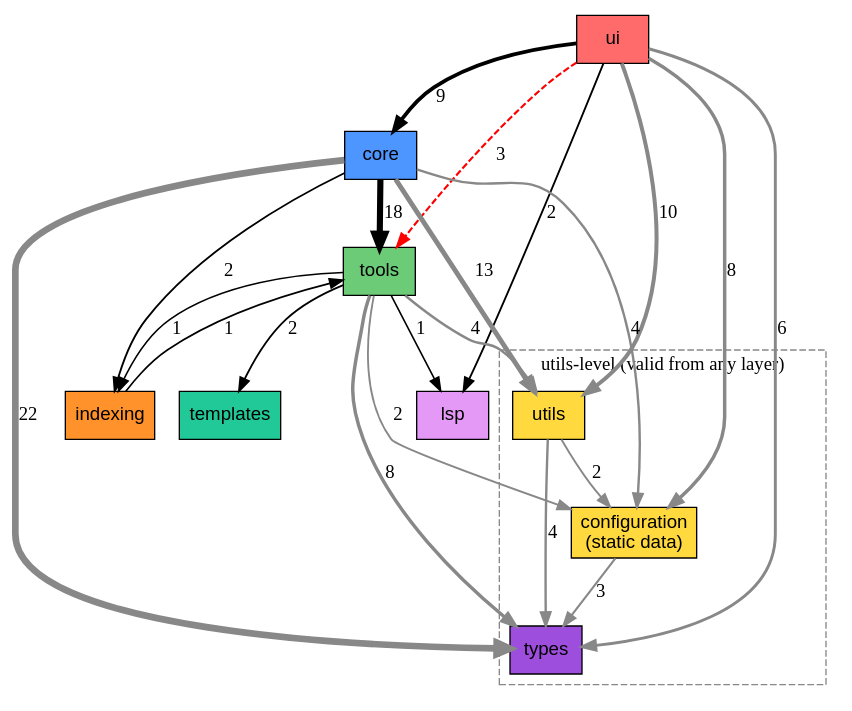
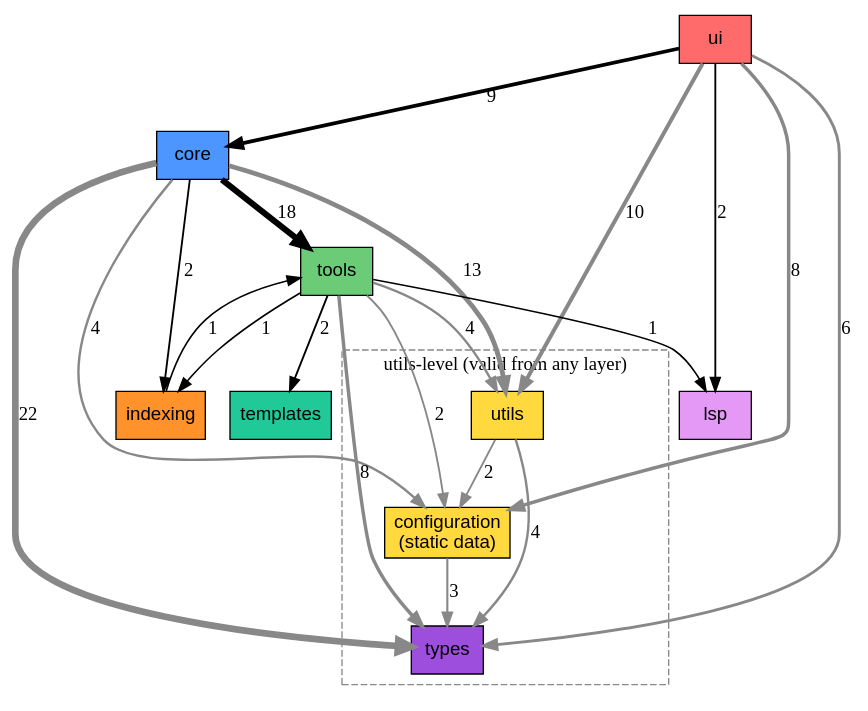
One commit to alchemiststudiosDOTai/tunacode changed the diagram in layers.dot. Above: the diagram before and after it, drawn with Graphviz.

Commit message:
docs: update layers.dot - ui->tools violation fixed
All ui->tools imports have been eliminated.
Previous violations: 3 imports, now: 0

```diff
--- a/layers.dot
+++ b/layers.dot
@@ -1,54 +1,53 @@
 digraph tunacode_layers {
   rankdir=TB;
   node [shape=box, style=filled, fontname="Arial"];
 
   // Application layers (top to bottom)
   ui [label="ui", fillcolor="#ff6b6b"];
   core [label="core", fillcolor="#4d96ff"];
   tools [label="tools", fillcolor="#6bcb77"];
 
   // Utils-level modules (can be imported by any layer)
   // These contain read-only static data or pure utilities
   subgraph cluster_utils_level {
     label="utils-level (valid from any layer)";
     style=dashed;
     color="#888888";
     utils [label="utils", fillcolor="#ffd93d"];
     types [label="types", fillcolor="#9d4edd"];
     configuration [label="configuration\n(static data)", fillcolor="#ffd93d"];
   }
 
   // Infrastructure modules
   indexing [label="indexing", fillcolor="#ff922b"];
   lsp [label="lsp", fillcolor="#e599f7"];
   templates [label="templates", fillcolor="#20c997"];
 
   // Utils-level internal dependencies (valid)
   configuration -> types [label="3", penwidth=1.6, color="#888888"];
   utils -> configuration [label="2", penwidth=1.4, color="#888888"];
   utils -> types [label="4", penwidth=1.8, color="#888888"];
 
   // Application layer dependencies
   core -> indexing [label="2", penwidth=1.4];
   core -> tools [label="18", penwidth=4.6];
   indexing -> tools [label="1", penwidth=1.2];
   tools -> indexing [label="1", penwidth=1.2];
   tools -> lsp [label="1", penwidth=1.2];
   tools -> templates [label="2", penwidth=1.4];
   ui -> core [label="9", penwidth=2.8];
   ui -> lsp [label="2", penwidth=1.4];
 
   // Utils-level imports (always valid, shown in gray)
   core -> configuration [label="4", penwidth=1.8, color="#888888"];
   core -> types [label="22", penwidth=5, color="#888888"];
   core -> utils [label="13", penwidth=3.6, color="#888888"];
   tools -> configuration [label="2", penwidth=1.4, color="#888888"];
   tools -> types [label="8", penwidth=2.6, color="#888888"];
   tools -> utils [label="4", penwidth=1.8, color="#888888"];
   ui -> configuration [label="8", penwidth=2.6, color="#888888"];
   ui -> types [label="6", penwidth=2.2, color="#888888"];
   ui -> utils [label="10", penwidth=3.0, color="#888888"];
 
-  // VIOLATION: ui -> tools (should not exist)
-  ui -> tools [label="3", penwidth=1.6, color="red", style=dashed];
+  // ui -> tools: FIXED (was 3 imports, now 0)
 }
```
